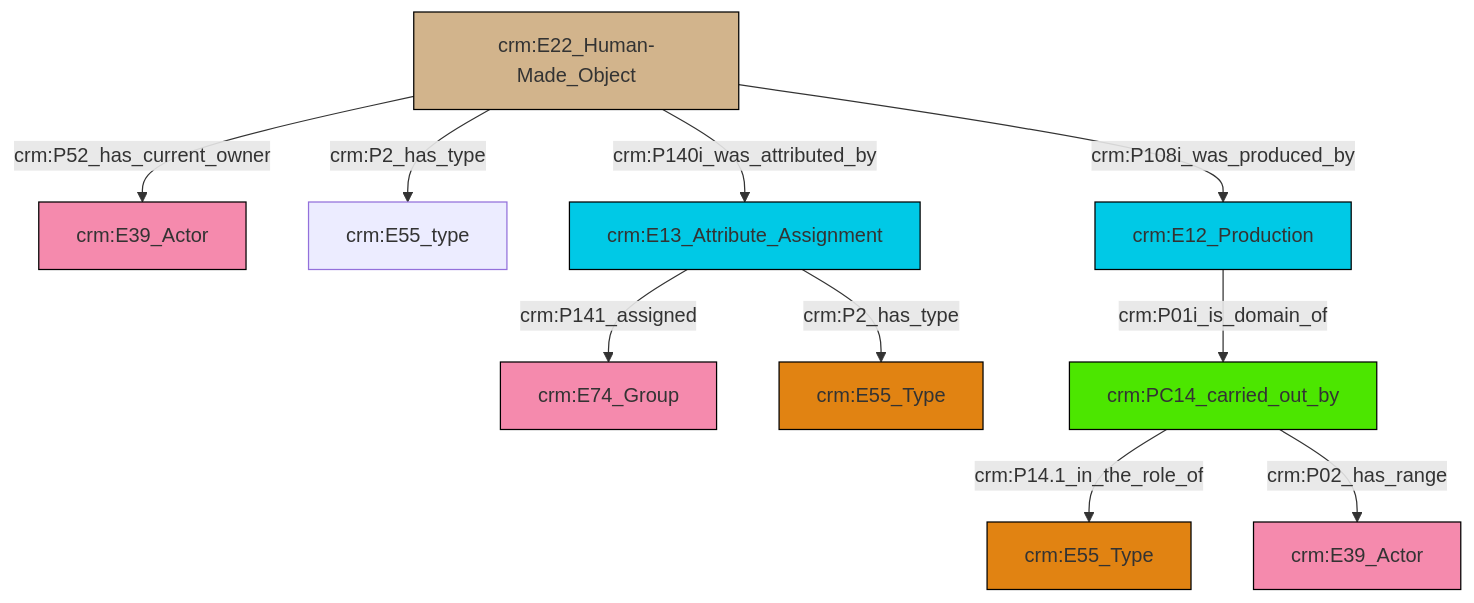
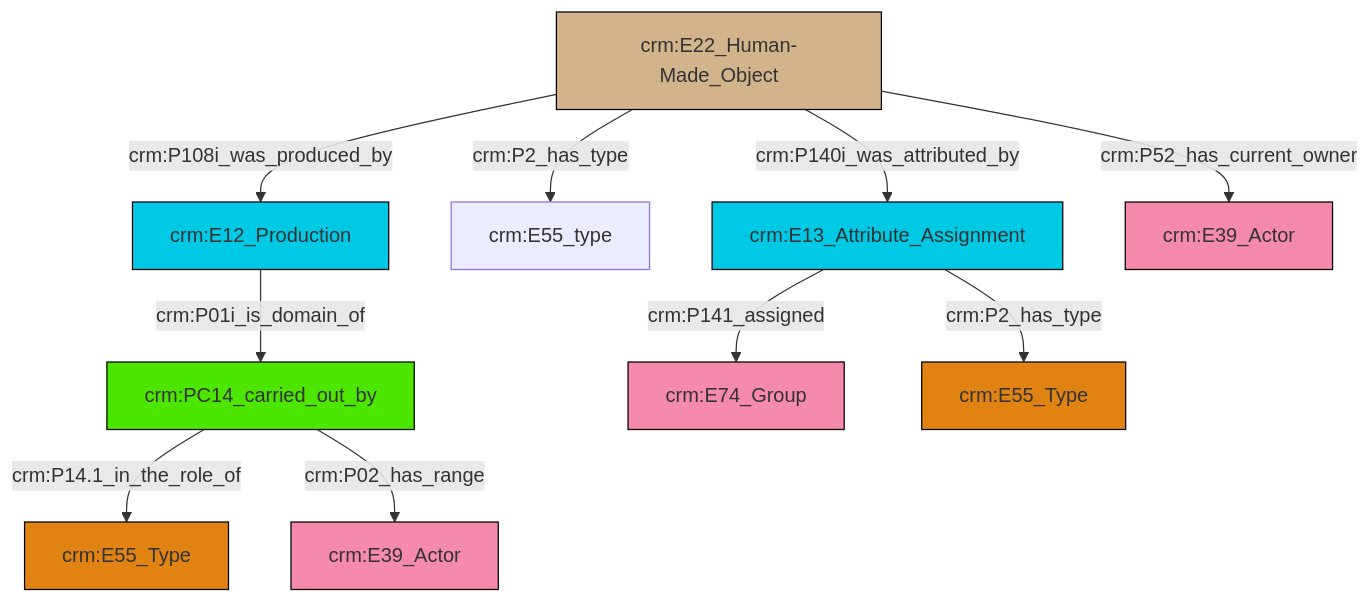
The diagram in et/builtWorkCSV/ttl/mmd/Built_Work_actor_relations.ttl.mmd (swiss-art-research-net/reference-data-models), drawn with Mermaid before and after one commit. The commit also changed 128 other files, not shown here.

```diff
--- a/et/builtWorkCSV/ttl/mmd/Built_Work_actor_relations.ttl.mmd
+++ b/et/builtWorkCSV/ttl/mmd/Built_Work_actor_relations.ttl.mmd
@@ -1,24 +1,24 @@
 graph TD
 classDef Literal fill:#f2f2f2,stroke:#000000;
 classDef CRM_Entity fill:#FFFFFF,stroke:#000000;
 classDef Temporal_Entity fill:#00C9E6, stroke:#000000;
 classDef Type fill:#E18312, stroke:#000000;
 classDef Time-Span fill:#2C9C91, stroke:#000000;
 classDef Appellation fill:#FFEB7F, stroke:#000000;
 classDef Place fill:#008836, stroke:#000000;
 classDef Persistent_Item fill:#B266B2, stroke:#000000;
 classDef Conceptual_Object fill:#FFD700, stroke:#000000;
 classDef Physical_Thing fill:#D2B48C, stroke:#000000;
 classDef Actor fill:#f58aad, stroke:#000000;
 classDef PC_Classes fill:#4ce600, stroke:#000000;
 classDef Multi fill:#cccccc,stroke:#000000;
 
-2["crm:PC14_carried_out_by"]:::PC_Classes -->|crm:P14.1_in_the_role_of| 3["crm:E55_Type"]:::Type
-8["crm:E22_Human-Made_Object"]:::Physical_Thing -->|crm:P52_has_current_owner| 6["crm:E39_Actor"]:::Actor
-9["crm:E12_Production"]:::Temporal_Entity -->|crm:P01i_is_domain_of| 2["crm:PC14_carried_out_by"]:::PC_Classes
-8["crm:E22_Human-Made_Object"]:::Physical_Thing -->|crm:P2_has_type| 10["crm:E55_type"]:::Default
-8["crm:E22_Human-Made_Object"]:::Physical_Thing -->|crm:P140i_was_attributed_by| 11["crm:E13_Attribute_Assignment"]:::Temporal_Entity
-11["crm:E13_Attribute_Assignment"]:::Temporal_Entity -->|crm:P141_assigned| 0["crm:E74_Group"]:::Actor
-8["crm:E22_Human-Made_Object"]:::Physical_Thing -->|crm:P108i_was_produced_by| 9["crm:E12_Production"]:::Temporal_Entity
-2["crm:PC14_carried_out_by"]:::PC_Classes -->|crm:P02_has_range| 16["crm:E39_Actor"]:::Actor
-11["crm:E13_Attribute_Assignment"]:::Temporal_Entity -->|crm:P2_has_type| 4["crm:E55_Type"]:::Type
+0["crm:E22_Human-Made_Object"]:::Physical_Thing -->|crm:P108i_was_produced_by| 1["crm:E12_Production"]:::Temporal_Entity
+4["crm:E13_Attribute_Assignment"]:::Temporal_Entity -->|crm:P141_assigned| 5["crm:E74_Group"]:::Actor
+6["crm:PC14_carried_out_by"]:::PC_Classes -->|crm:P14.1_in_the_role_of| 7["crm:E55_Type"]:::Type
+0["crm:E22_Human-Made_Object"]:::Physical_Thing -->|crm:P2_has_type| 10["crm:E55_type"]:::Default
+1["crm:E12_Production"]:::Temporal_Entity -->|crm:P01i_is_domain_of| 6["crm:PC14_carried_out_by"]:::PC_Classes
+4["crm:E13_Attribute_Assignment"]:::Temporal_Entity -->|crm:P2_has_type| 8["crm:E55_Type"]:::Type
+0["crm:E22_Human-Made_Object"]:::Physical_Thing -->|crm:P140i_was_attributed_by| 4["crm:E13_Attribute_Assignment"]:::Temporal_Entity
+0["crm:E22_Human-Made_Object"]:::Physical_Thing -->|crm:P52_has_current_owner| 2["crm:E39_Actor"]:::Actor
+6["crm:PC14_carried_out_by"]:::PC_Classes -->|crm:P02_has_range| 12["crm:E39_Actor"]:::Actor
```
